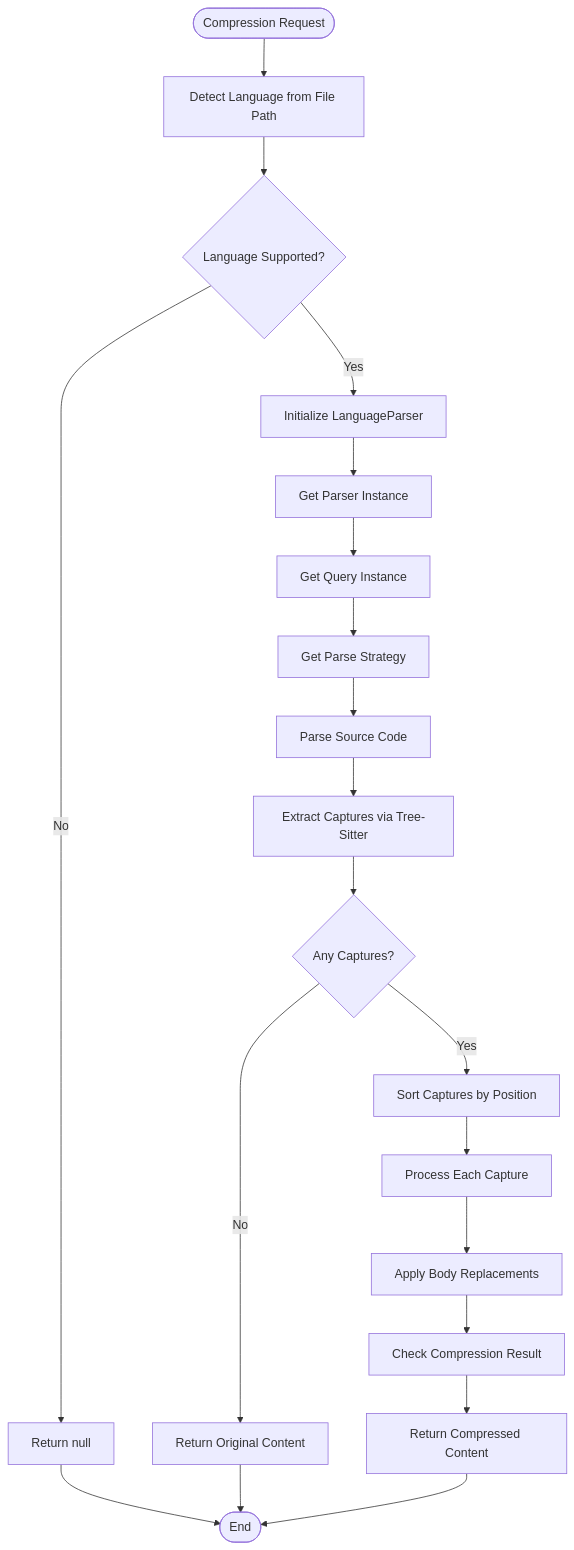
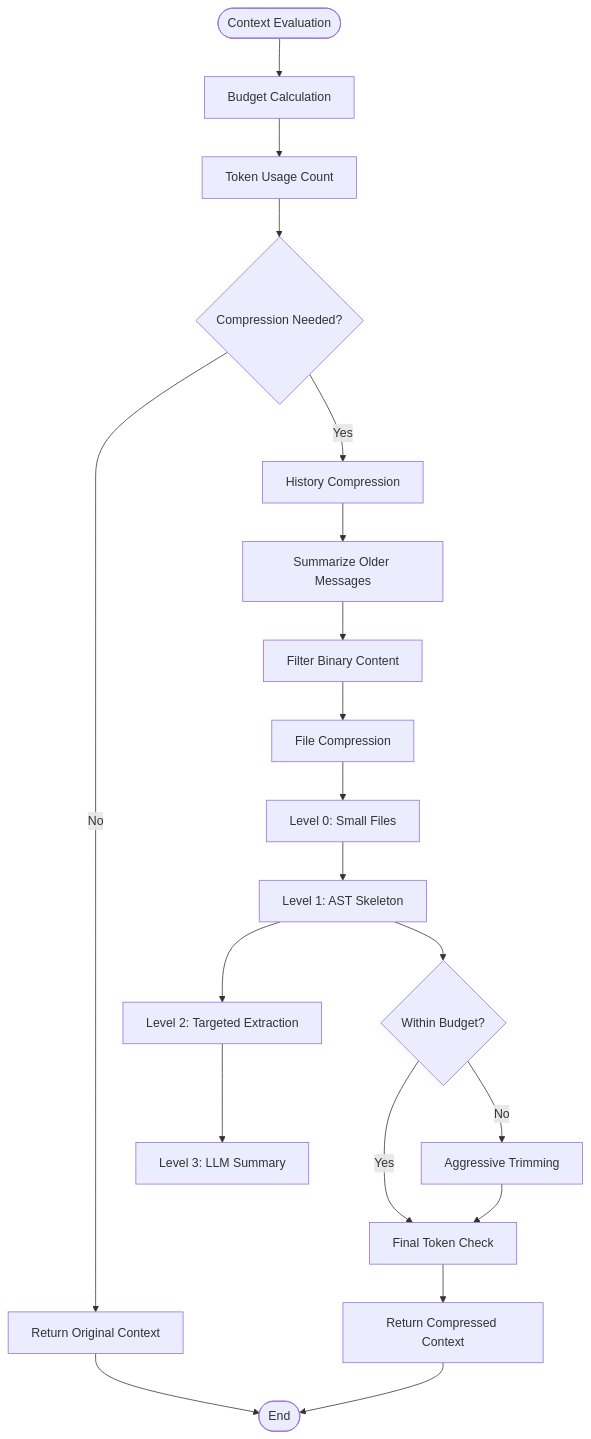
Before and after one commit to bramburn/repomix-runner: the fourth of 7 diagrams in .qoder/repowiki/en/content/Core Features/Compression Engine Architecture.md, drawn with Mermaid. The commit also changed other lines of this file and 40 other files, not shown here.

````diff
--- a/.qoder/repowiki/en/content/Core Features/Compression Engine Architecture.md
+++ b/.qoder/repowiki/en/content/Core Features/Compression Engine Architecture.md
@@ -251,22 +229,22 @@
 ```mermaid
 flowchart TD
-START([Compression Request]) --> DETECT[Detect Language from File Path]
-DETECT --> VALIDATE{Language Supported?}
-VALIDATE --> |No| RETURN_NULL[Return null]
-VALIDATE --> |Yes| INIT_PARSER[Initialize LanguageParser]
-INIT_PARSER --> GET_PARSER[Get Parser Instance]
-GET_PARSER --> GET_QUERY[Get Query Instance]
-GET_QUERY --> GET_STRATEGY[Get Parse Strategy]
-GET_STRATEGY --> PARSE_CODE[Parse Source Code]
-PARSE_CODE --> EXTRACT_CAPTURES[Extract Captures via Tree-Sitter]
-EXTRACT_CAPTURES --> HAS_CAPTURES{Any Captures?}
-HAS_CAPTURES --> |No| RETURN_ORIGINAL[Return Original Content]
-HAS_CAPTURES --> |Yes| SORT_CAPTURES[Sort Captures by Position]
-SORT_CAPTURES --> PROCESS_CAPTURES[Process Each Capture]
-PROCESS_CAPTURES --> APPLY_REPLACEMENTS[Apply Body Replacements]
-APPLY_REPLACEMENTS --> CHECK_RESULT[Check Compression Result]
-CHECK_RESULT --> RETURN_COMPRESSED[Return Compressed Content]
-RETURN_NULL --> END([End])
-RETURN_ORIGINAL --> END
+START([Context Evaluation]) --> CALCULATE[Budget Calculation]
+CALCULATE --> TOKEN_COUNT[Token Usage Count]
+TOKEN_COUNT --> CHECK_THRESHOLD{Compression Needed?}
+CHECK_THRESHOLD --> |No| RETURN_ORIGINAL[Return Original Context]
+CHECK_THRESHOLD --> |Yes| HISTORY_COMPRESSION[History Compression]
+HISTORY_COMPRESSION --> SUMMARIZE[Summarize Older Messages]
+SUMMARIZE --> FILTER_BINARY[Filter Binary Content]
+FILTER_BINARY --> FILE_COMPRESSION[File Compression]
+FILE_COMPRESSION --> LEVEL_0[Level 0: Small Files]
+LEVEL_0 --> LEVEL_1[Level 1: AST Skeleton]
+LEVEL_1 --> TARGETED_EXTRACT[Level 2: Targeted Extraction]
+TARGETED_EXTRACT --> LLM_SUMMARY[Level 3: LLM Summary]
+LEVEL_1 --> TRIM_CHECK{Within Budget?}
+TRIM_CHECK --> |Yes| FINAL_CHECK[Final Token Check]
+TRIM_CHECK --> |No| AGGRESSIVE_TRIM[Aggressive Trimming]
+AGGRESSIVE_TRIM --> FINAL_CHECK
+FINAL_CHECK --> RETURN_COMPRESSED[Return Compressed Context]
+RETURN_ORIGINAL --> END([End])
 RETURN_COMPRESSED --> END
 ```
````
